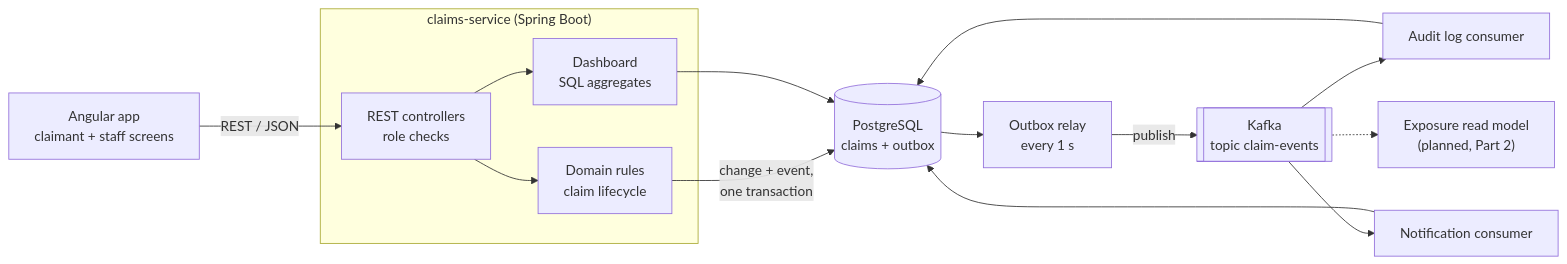
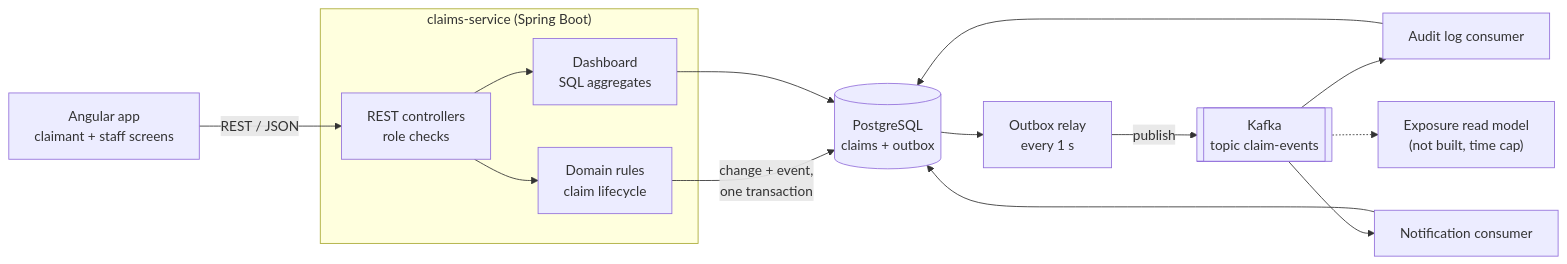
Before and after one commit to chonghuenthong-cloud/chubb_claims_platform: the second of 2 diagrams in README.md, drawn with Mermaid. The commit also changed other lines of this file and 1 other file, not shown here.

First line of the commit message:
Add scope and prioritisation to README; mark read model not built

````diff
--- a/README.md
+++ b/README.md
@@ -122,30 +122,30 @@
 ```mermaid
 flowchart LR
     UI["Angular app<br/>claimant + staff screens"]
 
     subgraph SVC["claims-service (Spring Boot)"]
         API["REST controllers<br/>role checks"]
         DOM["Domain rules<br/>claim lifecycle"]
         DASH["Dashboard<br/>SQL aggregates"]
     end
 
     DB[("PostgreSQL<br/>claims + outbox")]
     R["Outbox relay<br/>every 1 s"]
     K[["Kafka<br/>topic claim-events"]]
     AUD["Audit log consumer"]
     NOT["Notification consumer"]
-    EXP["Exposure read model<br/>(planned, Part 2)"]
+    EXP["Exposure read model<br/>(not built, time cap)"]
 
     UI -- "REST / JSON" --> API
     API --> DOM
     API --> DASH
     DOM -- "change + event,<br/>one transaction" --> DB
     DASH --> DB
     DB --> R
     R -- "publish" --> K
     K --> AUD
     K --> NOT
     K -.-> EXP
     AUD --> DB
     NOT --> DB
 ```
````
